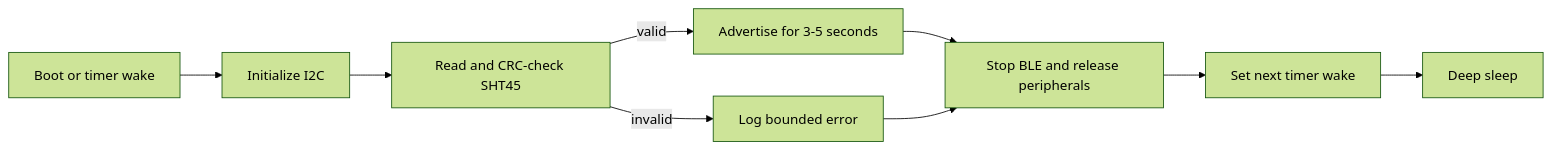
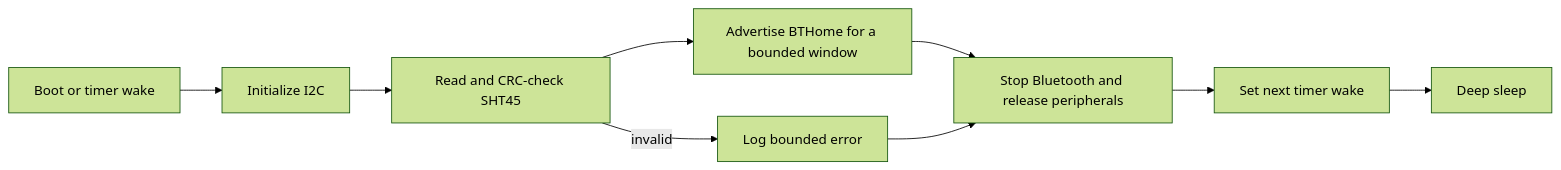
The second of 2 diagrams in docs/sht45-first-node.md (keefo/open-plant-pulse), drawn with Mermaid (forest theme) before and after one commit. The commit also changed other lines of this file and 11 other files, not shown here.

````diff
--- a/docs/sht45-first-node.md
+++ b/docs/sht45-first-node.md
@@ -380,11 +337,11 @@
 ```mermaid
 flowchart LR
     Wake[Boot or timer wake] --> Init[Initialize I2C]
     Init --> Read[Read and CRC-check SHT45]
-    Read -->|valid| BLE[Advertise for 3-5 seconds]
+    Read --> Advertise[Advertise BTHome for a bounded window]
     Read -->|invalid| Log[Log bounded error]
-    BLE --> Stop[Stop BLE and release peripherals]
+    Advertise --> Stop[Stop Bluetooth and release peripherals]
     Log --> Stop
     Stop --> Timer[Set next timer wake]
     Timer --> Sleep[Deep sleep]
 ```
````
